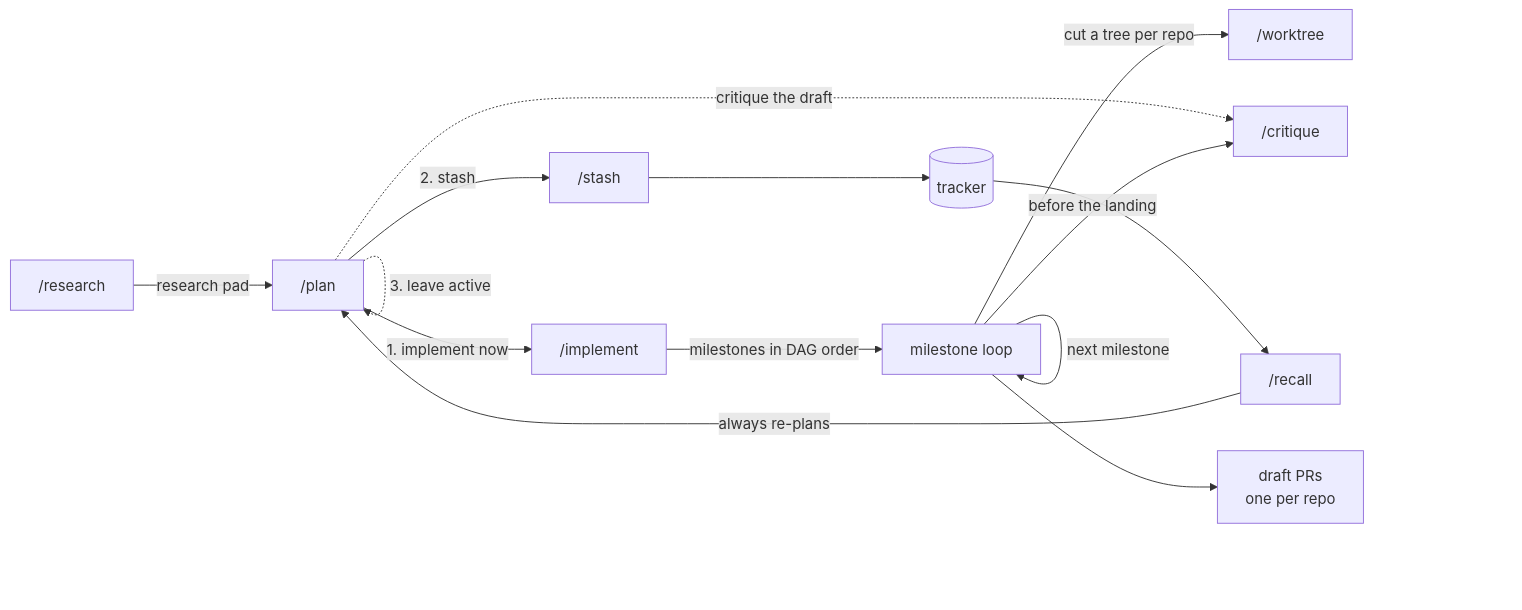
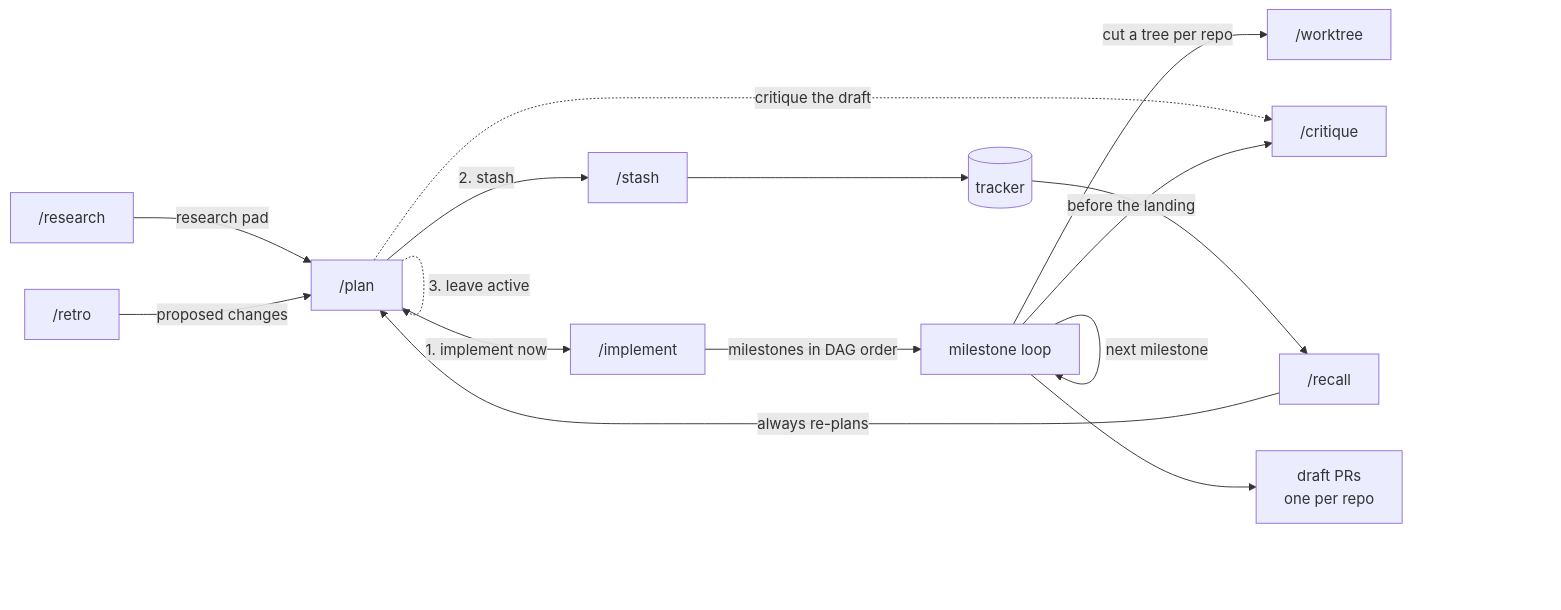
Before and after one commit to jahnkelabs/agents: the diagram in README.md, drawn with Mermaid. The commit also changed other lines of this file and 2 other files, not shown here.

First line of the commit message:
feat(critique): filter findings by criticality and add /retro

````diff
--- a/README.md
+++ b/README.md
@@ -179,27 +180,29 @@
 ```mermaid
 flowchart LR
     R["/research"]
     P["/plan"]
     I["/implement"]
     W["/worktree"]
     M["milestone loop"]
     C["/critique"]
     S["/stash"]
     RC["/recall"]
+    RT["/retro"]
     T[("tracker")]
     PR["draft PRs<br/>one per repo"]
 
     R -->|"research pad"| P
     P -->|"1. implement now"| I
     P -->|"2. stash"| S
     P -.->|"3. leave active"| P
     P -.->|"critique the draft"| C
     S --> T
     T --> RC
     RC -->|"always re-plans"| P
+    RT -->|"proposed changes"| P
     I -->|"milestones in DAG order"| M
     M -->|"cut a tree per repo"| W
     M -->|"before the landing"| C
     M --> PR
     M -->|"next milestone"| M
 ```
````
